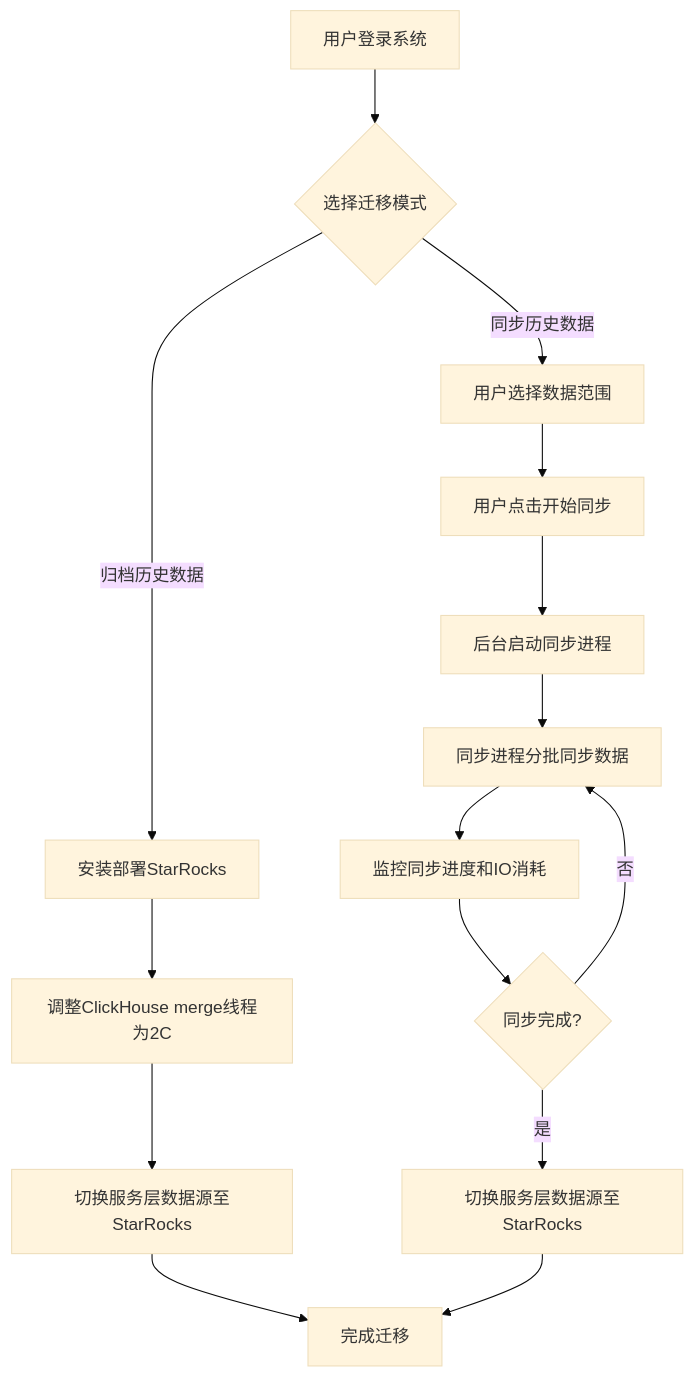
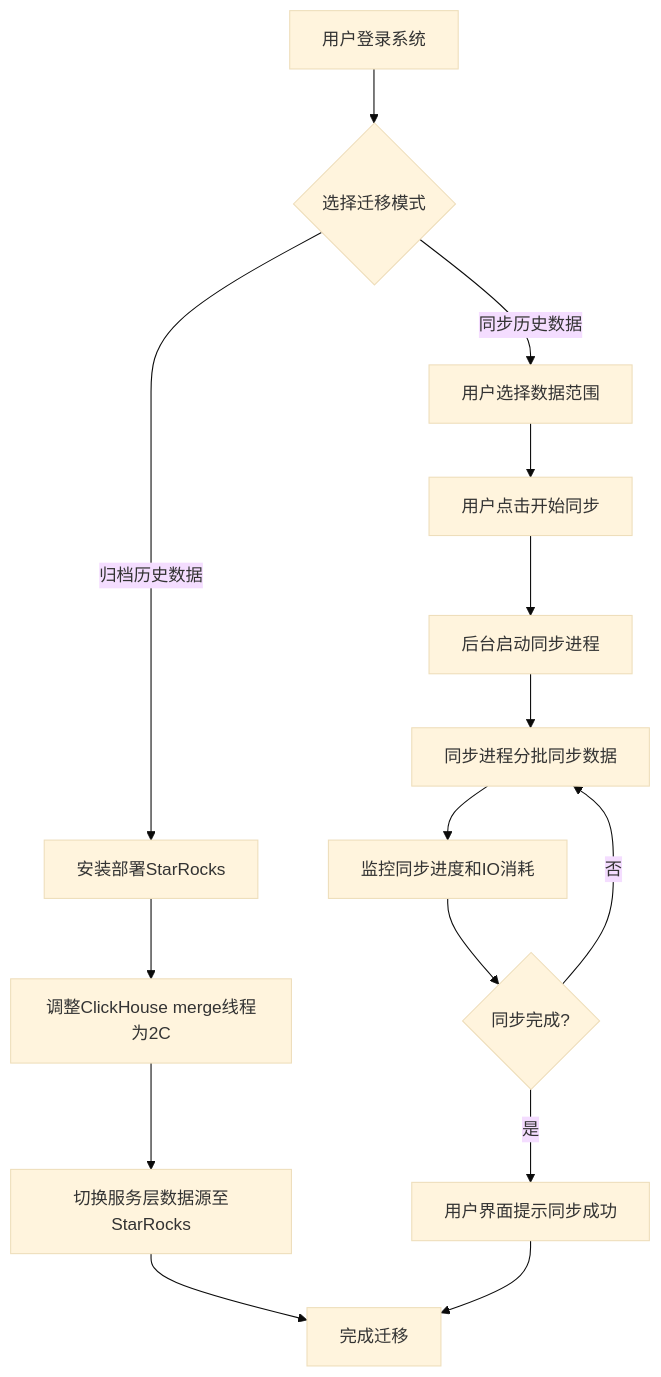
Before and after one commit to oabao/gpt_desigin: the first of 4 diagrams in Starrocks替换CK方案2.0.md, drawn with Mermaid (base theme). The commit also changed other lines of this file, not shown here.

````diff
--- a/Starrocks替换CK方案2.0.md
+++ b/Starrocks替换CK方案2.0.md
@@ -167,17 +167,17 @@
     ```mermaid
     graph TD
     A[用户登录系统] --> B{选择迁移模式}
     B -->|归档历史数据| C[安装部署StarRocks]
     C --> D[调整ClickHouse merge线程为2C]
     D --> E[切换服务层数据源至StarRocks]
     E --> F[完成迁移]
     B -->|同步历史数据| G[用户选择数据范围]
     G --> H[用户点击开始同步]
     H --> I[后台启动同步进程]
     I --> J[同步进程分批同步数据]
     J --> K[监控同步进度和IO消耗]
     K --> L{同步完成?}
-    L -->|是| M[切换服务层数据源至StarRocks]
+    L -->|是| M[用户界面提示同步成功]
     M --> F
     L -->|否| J
     ```
````
